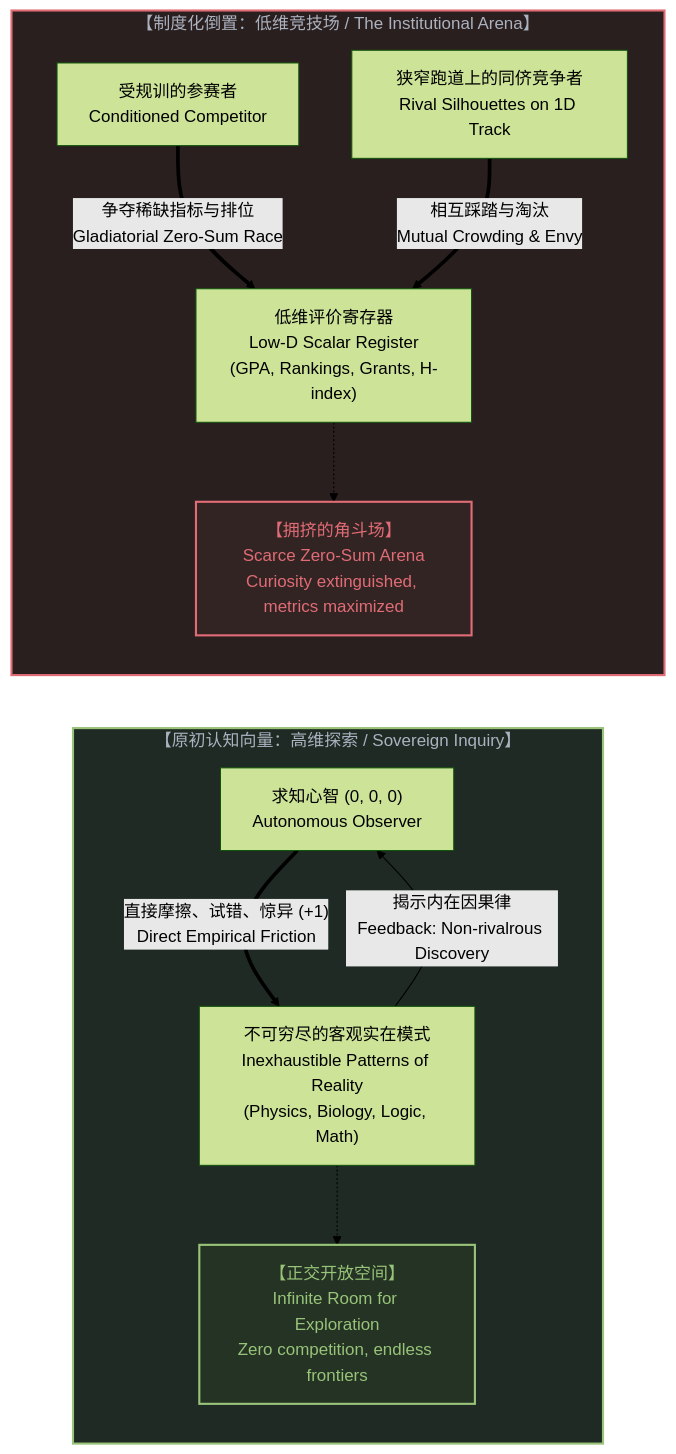
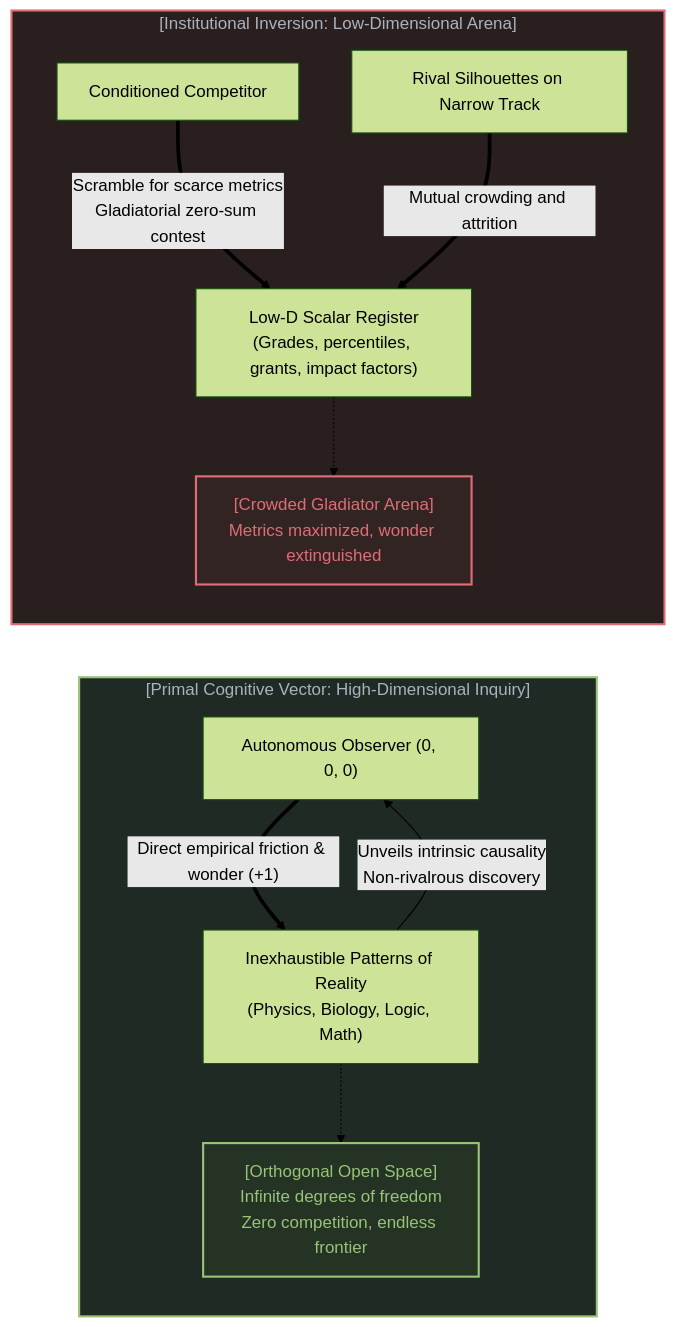
The second of 8 diagrams in content/posts/the-reversal-of-education-and-science.md (powerpig99/not-a-toe), drawn with Mermaid (forest theme) before and after one commit. The commit also changed other lines of this file and 7 other files, not shown here.

````diff
--- a/content/posts/the-reversal-of-education-and-science.md
+++ b/content/posts/the-reversal-of-education-and-science.md
@@ -15,26 +57,26 @@
 ```mermaid
 graph LR
-    subgraph OriginalState["【原初认知向量：高维探索 / Sovereign Inquiry】"]
-        Mind["求知心智 (0, 0, 0)<br>Autonomous Observer"]
-        Reality["不可穷尽的客观实在模式<br>Inexhaustible Patterns of Reality<br>(Physics, Biology, Logic, Math)"]
-        Mind ==>|"直接摩擦、试错、惊异 (+1)<br>Direct Empirical Friction"| Reality
-        Reality -->|"揭示内在因果律<br>Feedback: Non-rivalrous Discovery"| Mind
-        Space["【正交开放空间】<br>Infinite Room for Exploration<br>Zero competition, endless frontiers"]
+    subgraph OriginalState["[Primal Cognitive Vector: High-Dimensional Inquiry]"]
+        Mind["Autonomous Observer (0, 0, 0)"]
+        Reality["Inexhaustible Patterns of Reality<br>(Physics, Biology, Logic, Math)"]
+        Mind ==>|"Direct empirical friction & wonder (+1)"| Reality
+        Reality -->|"Unveils intrinsic causality<br>Non-rivalrous discovery"| Mind
+        Space["[Orthogonal Open Space]<br>Infinite degrees of freedom<br>Zero competition, endless frontier"]
         Reality -.-> Space
     end
 
-    subgraph InvertedState["【制度化倒置：低维竞技场 / The Institutional Arena】"]
-        Student["受规训的参赛者<br>Conditioned Competitor"]
-        Register["低维评价寄存器<br>Low-D Scalar Register<br>(GPA, Rankings, Grants, H-index)"]
-        OtherPeers["狭窄跑道上的同侪竞争者<br>Rival Silhouettes on 1D Track"]
-        Student ==>|"争夺稀缺指标与排位<br>Gladiatorial Zero-Sum Race"| Register
-        OtherPeers ==>|"相互踩踏与淘汰<br>Mutual Crowding & Envy"| Register
-        WarZone["【拥挤的角斗场】<br>Scarce Zero-Sum Arena<br>Curiosity extinguished, metrics maximized"]
+    subgraph InvertedState["[Institutional Inversion: Low-Dimensional Arena]"]
+        Student["Conditioned Competitor"]
+        Register["Low-D Scalar Register<br>(Grades, percentiles, grants, impact factors)"]
+        OtherPeers["Rival Silhouettes on Narrow Track"]
+        Student ==>|"Scramble for scarce metrics<br>Gladiatorial zero-sum contest"| Register
+        OtherPeers ==>|"Mutual crowding and attrition"| Register
+        WarZone["[Crowded Gladiator Arena]<br>Metrics maximized, wonder extinguished"]
         Register -.-> WarZone
     end
 
     style OriginalState fill:#1f2a24,stroke:#98c379,stroke-width:2px,color:#abb2bf
     style InvertedState fill:#2a1f1f,stroke:#e06c75,stroke-width:2px,color:#abb2bf
     style Space fill:#243324,stroke:#98c379,stroke-width:2px,color:#98c379
     style WarZone fill:#332424,stroke:#e06c75,stroke-width:2px,color:#e06c75
 ```
````
